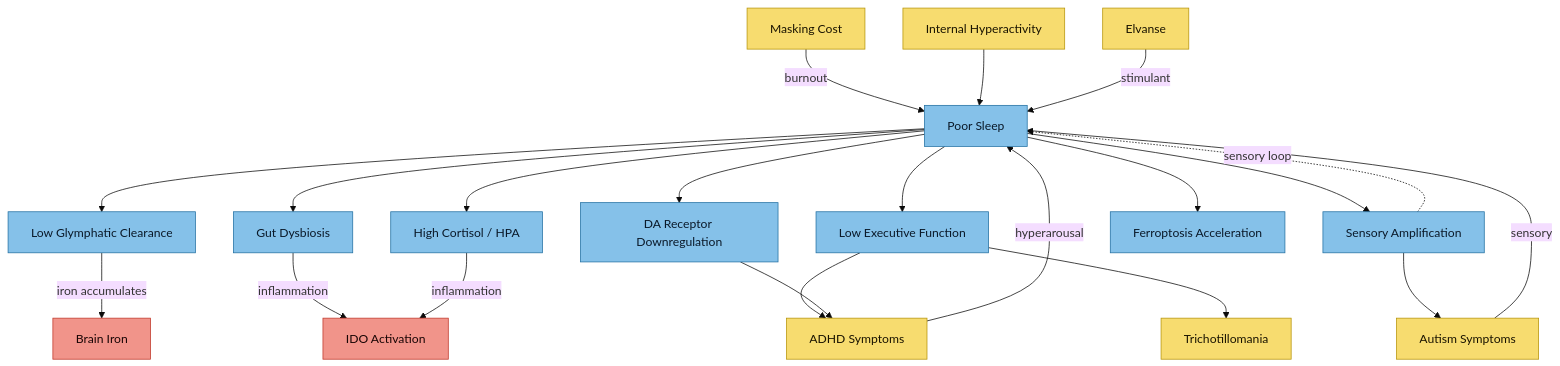
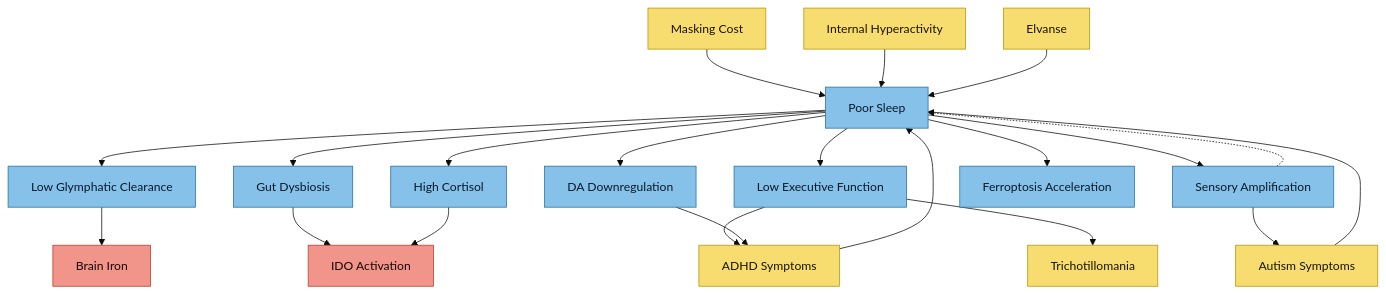
The second of 3 diagrams in Health Research MOC.md (Aegis-commits/ag-hfe-adhd-asd-research), drawn with Mermaid (base theme) before and after one commit. The commit also changed other lines of this file and 15 other files, not shown here.

First line of the commit message:
docs(vault): fix edge labels, compact MOC diagrams, soften partner guide, add NAC guide

````diff
--- a/Health Research MOC.md
+++ b/Health Research MOC.md
@@ -191,32 +179,31 @@
 ```mermaid
 flowchart TD
     classDef sleep fill:#85c1e9,stroke:#2471a3,color:#0a1929
     classDef out fill:#f7dc6f,stroke:#b7950b,color:#1a1400
     classDef feed fill:#f1948a,stroke:#c0392b,color:#1a0505
 
     R[Poor Sleep]:::sleep
 
     R --> AH[Low Glymphatic Clearance]:::sleep
     R --> AI[Gut Dysbiosis]:::sleep
     R --> AJ[Low Executive Function]:::sleep
-    R --> AK[DA Receptor Downregulation]:::sleep
+    R --> AK[DA Downregulation]:::sleep
     R --> AL[Sensory Amplification]:::sleep
-    R --> AM[High Cortisol / HPA]:::sleep
+    R --> AM[High Cortisol]:::sleep
     R --> FPT[Ferroptosis Acceleration]:::sleep
 
-    AH -->|iron accumulates| BI[Brain Iron]:::feed
-    AI -->|inflammation| IDO[IDO Activation]:::feed
-    AM -->|inflammation| IDO
+    AH --> BI[Brain Iron]:::feed
+    AI --> IDO[IDO Activation]:::feed
+    AM --> IDO
     AJ --> ADHD[ADHD Symptoms]:::out
     AJ --> TTM[Trichotillomania]:::out
     AK --> ADHD
     AL --> ASD[Autism Symptoms]:::out
 
-    %% What drives poor sleep
-    ADHD -->|hyperarousal| R
-    ASD -->|sensory| R
-    MASK[Masking Cost]:::out -->|burnout| R
+    ADHD --> R
+    ASD --> R
+    MASK[Masking Cost]:::out --> R
     HYP[Internal Hyperactivity]:::out --> R
-    ELV[Elvanse]:::out -->|stimulant| R
-    AL -.->|sensory loop| R
+    ELV[Elvanse]:::out --> R
+    AL -.-> R
 ```
````
